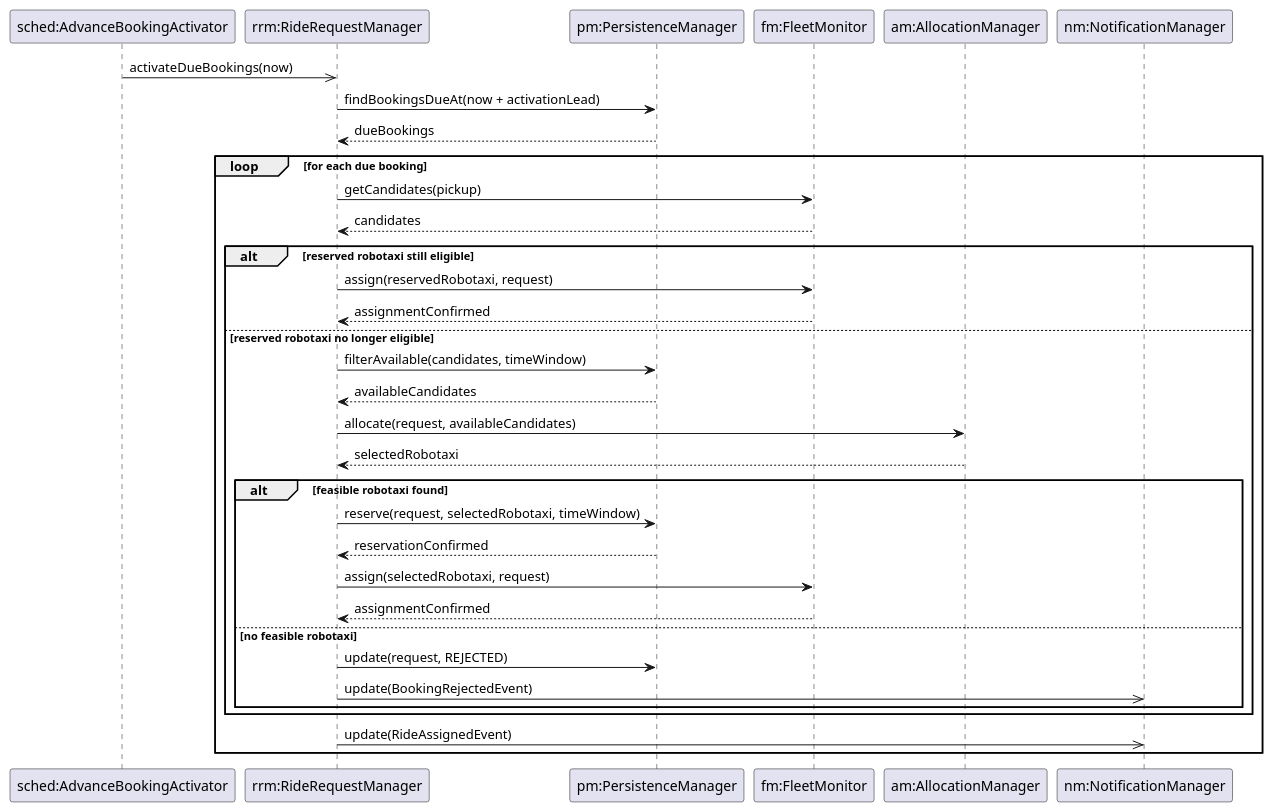
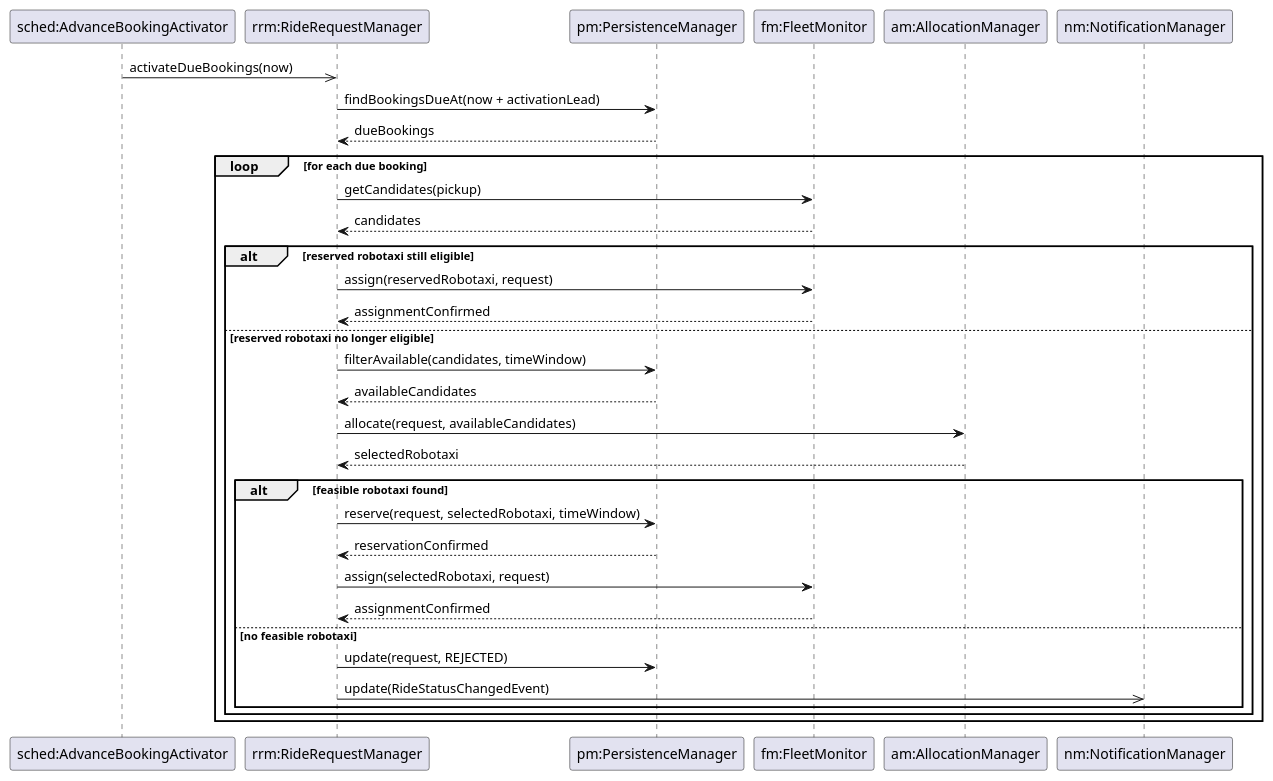
One commit to meggie-0/SE4A_ROAd_MargheritaBertipaglia_DavidCazzaniga_PasqualeIgnarra_Project changed the ninth of 10 diagrams in Implementation/docs/DD.md. Above: the diagram before and after it, drawn with PlantUML. The commit also changed other lines of this file and 9 other files, not shown here.

````diff
--- a/Implementation/docs/DD.md
+++ b/Implementation/docs/DD.md
@@ -1002,39 +1012,40 @@
 ```plantuml
 participant "sched:AdvanceBookingActivator" as S
 participant "rrm:RideRequestManager" as RRM
 participant "pm:PersistenceManager" as PM
 participant "fm:FleetMonitor" as FM
 participant "am:AllocationManager" as AM
 participant "nm:NotificationManager" as NM
 
 S ->> RRM : activateDueBookings(now)
 RRM -> PM : findBookingsDueAt(now + activationLead)
 PM --> RRM : dueBookings
 
 loop for each due booking
     RRM -> FM : getCandidates(pickup)
     FM --> RRM : candidates
 
     alt reserved robotaxi still eligible
         RRM -> FM : assign(reservedRobotaxi, request)
         FM --> RRM : assignmentConfirmed
     else reserved robotaxi no longer eligible
         RRM -> PM : filterAvailable(candidates, timeWindow)
         PM --> RRM : availableCandidates
         RRM -> AM : allocate(request, availableCandidates)
         AM --> RRM : selectedRobotaxi
 
         alt feasible robotaxi found
             RRM -> PM : reserve(request, selectedRobotaxi, timeWindow)
             PM --> RRM : reservationConfirmed
             RRM -> FM : assign(selectedRobotaxi, request)
             FM --> RRM : assignmentConfirmed
         else no feasible robotaxi
             RRM -> PM : update(request, REJECTED)
-            RRM ->> NM : update(BookingRejectedEvent)
+            ' [v1.3] La corsa e' l'altro soggetto: e' lei a dire al passeggero che e' finita.
+            RRM ->> NM : update(RideStatusChangedEvent)
         end
     end
 
-    RRM ->> NM : update(RideAssignedEvent)
+    ' [v1.3] L'assegnazione l'ha gia' notificata il Robotaxi dentro assign() (decisione D39).
 end
 ```
````
